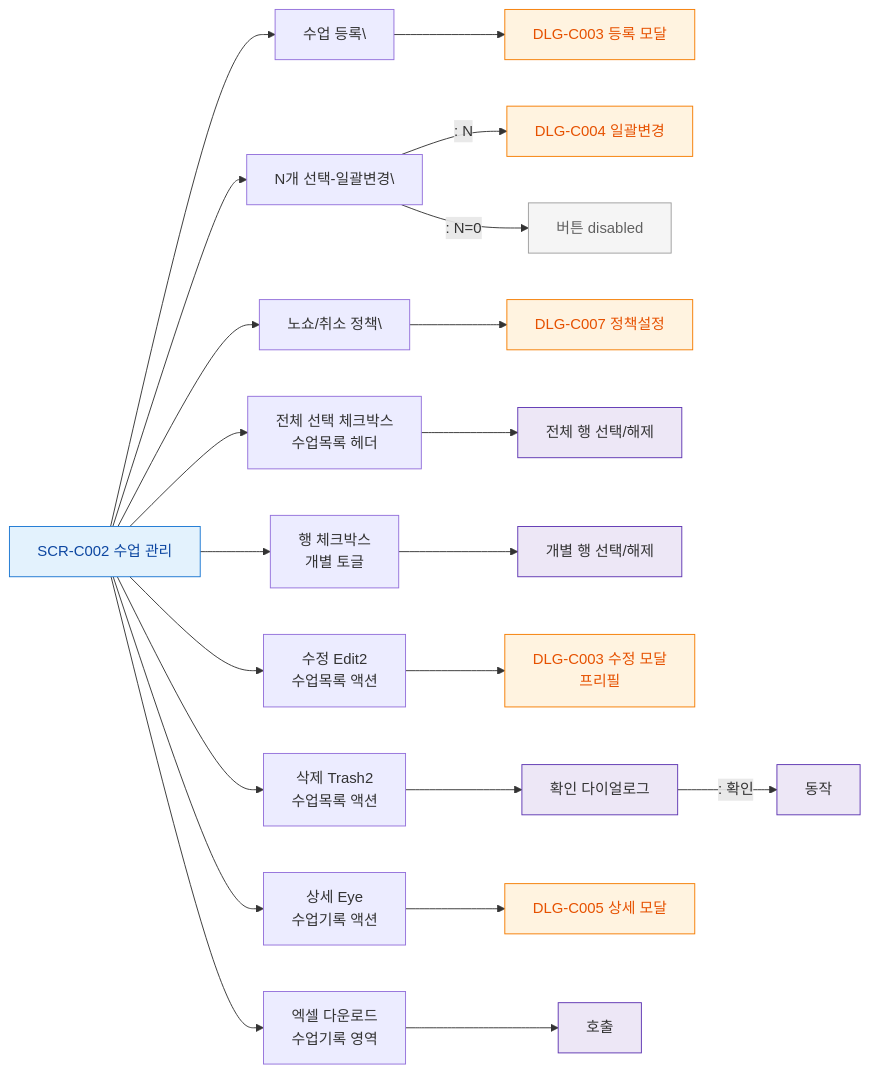
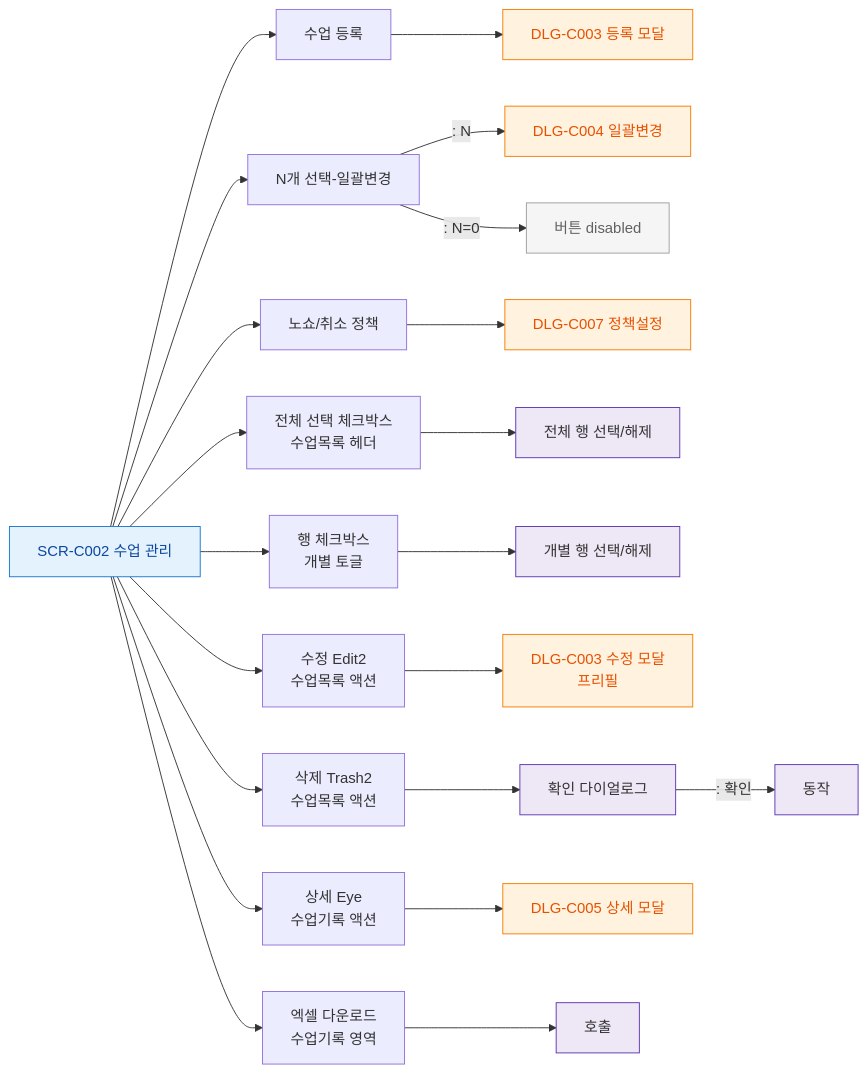
One commit to dev-spogym/admin-pando changed the diagram in docs/admin/다이어그램/D04_수업관리/SCR-C002_수업관리/F3_버튼액션.md. Above: the diagram before and after it, drawn with Mermaid. The commit also changed 369 other files, not shown here.

````diff
--- a/docs/admin/다이어그램/D04_수업관리/SCR-C002_수업관리/F3_버튼액션.md
+++ b/docs/admin/다이어그램/D04_수업관리/SCR-C002_수업관리/F3_버튼액션.md
@@ -18,35 +18,35 @@
 ```mermaid
 flowchart LR
   SCR_C002[SCR-C002 수업 관리]
 
-  SCR_C002 --> BTN_REG[수업 등록\]
-  SCR_C002 --> BTN_BULK[N개 선택-일괄변경\]
-  SCR_C002 --> BTN_POLICY[노쇼/취소 정책\]
+  SCR_C002 --> BTN_REG[수업 등록]
+  SCR_C002 --> BTN_BULK[N개 선택-일괄변경]
+  SCR_C002 --> BTN_POLICY[노쇼/취소 정책]
   SCR_C002 --> BTN_CHK_ALL[전체 선택 체크박스\n수업목록 헤더]
   SCR_C002 --> BTN_CHK_ROW[행 체크박스\n개별 토글]
   SCR_C002 --> BTN_EDIT[수정 Edit2\n수업목록 액션]
   SCR_C002 --> BTN_DEL[삭제 Trash2\n수업목록 액션]
   SCR_C002 --> BTN_DETAIL[상세 Eye\n수업기록 액션]
   SCR_C002 --> BTN_EXCEL[엑셀 다운로드\n수업기록 영역]
 
   BTN_REG --> DLG_C003_New[DLG-C003 등록 모달]
   BTN_BULK -->|": N"|DLG_C004[DLG-C004 일괄변경]
   BTN_BULK -->|": N=0"|BULK_DISABLED[버튼 disabled]
   BTN_POLICY --> DLG_C007[DLG-C007 정책설정]
   BTN_CHK_ALL --> SelectAll[전체 행 선택/해제]
   BTN_CHK_ROW --> SelectRow[개별 행 선택/해제]
   BTN_EDIT --> DLG_C003_Edit[DLG-C003 수정 모달\n프리필]
   BTN_DEL --> ConfirmDel[확인 다이얼로그]
   ConfirmDel -->|": 확인"|DelAPI[동작]
   BTN_DETAIL --> DLG_C005[DLG-C005 상세 모달]
   BTN_EXCEL --> ExcelExport[호출]
 
   classDef screen fill:#E3F2FD,stroke:#1976D2,color:#0D47A1
   classDef modal fill:#FFF3E0,stroke:#F57C00,color:#E65100
   classDef system fill:#EDE7F6,stroke:#5E35B2
   classDef rbacBlocked fill:#F5F5F5,stroke:#9E9E9E,color:#616161
   class SCR_C002 screen
   class DLG_C003_New,DLG_C003_Edit,DLG_C004,DLG_C005,DLG_C007 modal
   class SelectAll,SelectRow,DelAPI,ExcelExport,ConfirmDel system
   class BULK_DISABLED rbacBlocked
 ```
````
